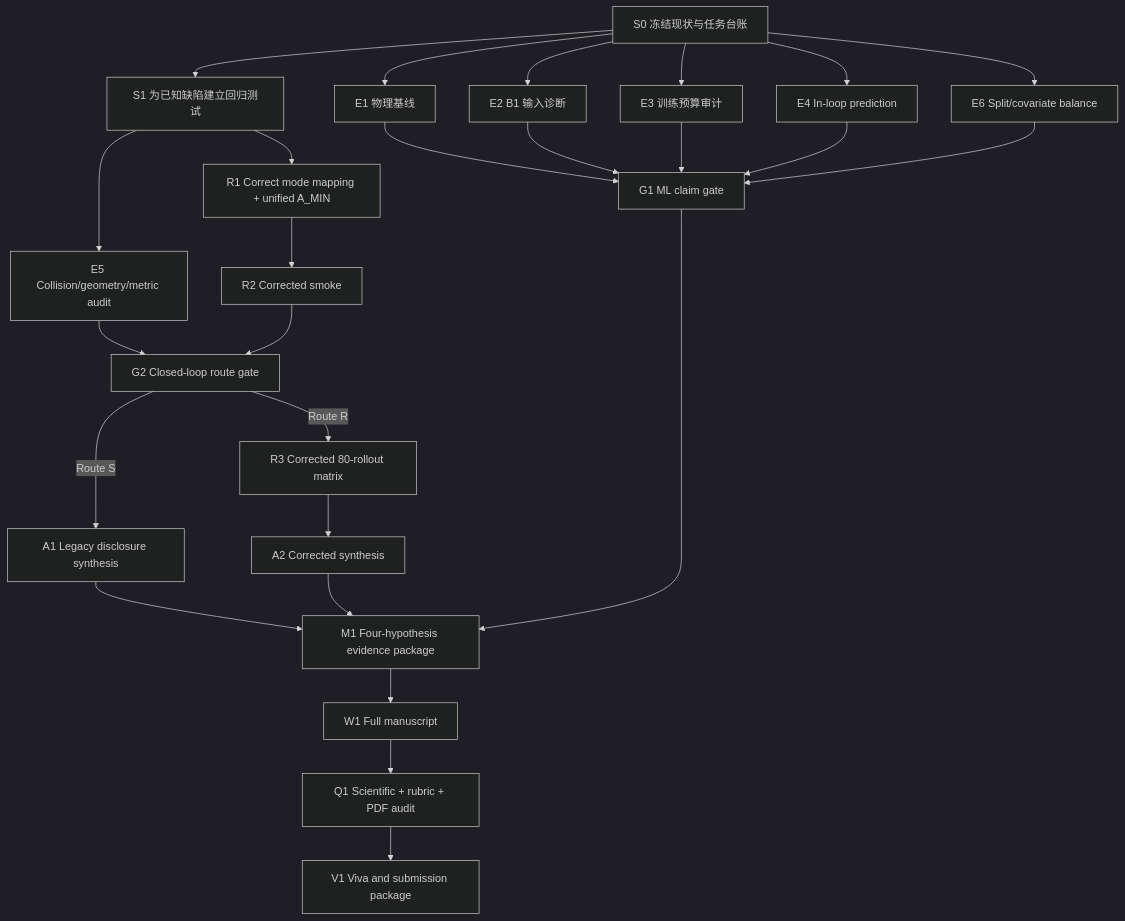
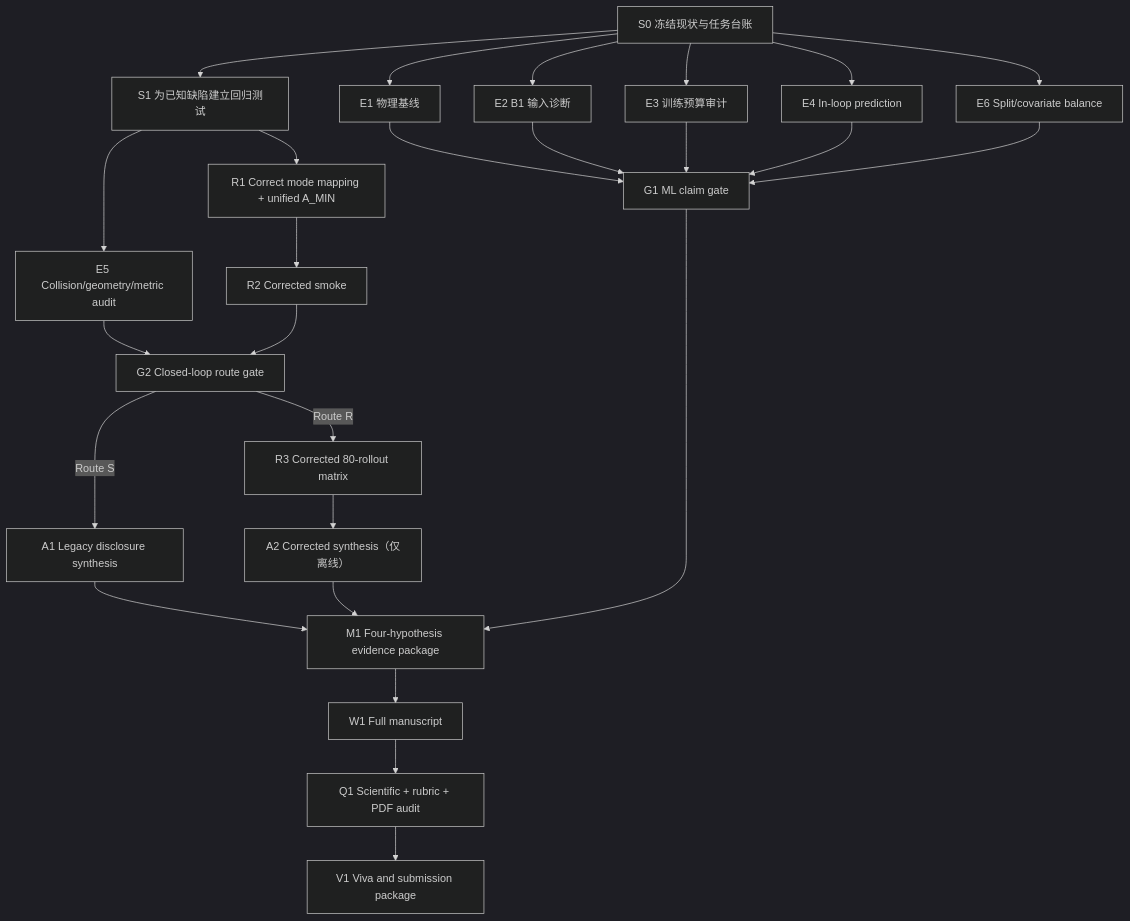
Before and after one commit to ChrisXiejq/Research-Project-IMLS: the diagram in docs/dissertation/DISTINCTION_EXECUTION_PLAN.md, drawn with Mermaid (dark theme). The commit also changed other lines of this file and 20 other files, not shown here.

````diff
--- a/docs/dissertation/DISTINCTION_EXECUTION_PLAN.md
+++ b/docs/dissertation/DISTINCTION_EXECUTION_PLAN.md
@@ -165,28 +165,28 @@
 ```mermaid
 flowchart TD
     S0["S0 冻结现状与任务台账"] --> S1["S1 为已知缺陷建立回归测试"]
     S0 --> E1["E1 物理基线"]
     S0 --> E2["E2 B1 输入诊断"]
     S0 --> E3["E3 训练预算审计"]
     S0 --> E4["E4 In-loop prediction"]
     S0 --> E6["E6 Split/covariate balance"]
     S1 --> E5["E5 Collision/geometry/metric audit"]
     E1 --> G1["G1 ML claim gate"]
     E2 --> G1
     E3 --> G1
     E4 --> G1
     E6 --> G1
     E5 --> G2["G2 Closed-loop route gate"]
     S1 --> R1["R1 Correct mode mapping + unified A_MIN"]
     R1 --> R2["R2 Corrected smoke"]
     R2 --> G2
     G2 -->|"Route S"| A1["A1 Legacy disclosure synthesis"]
     G2 -->|"Route R"| R3["R3 Corrected 80-rollout matrix"]
-    R3 --> A2["A2 Corrected synthesis"]
+    R3 --> A2["A2 Corrected synthesis（仅离线）"]
     A1 --> M1["M1 Four-hypothesis evidence package"]
     A2 --> M1
     G1 --> M1
     M1 --> W1["W1 Full manuscript"]
     W1 --> Q1["Q1 Scientific + rubric + PDF audit"]
     Q1 --> V1["V1 Viva and submission package"]
 ```
````
